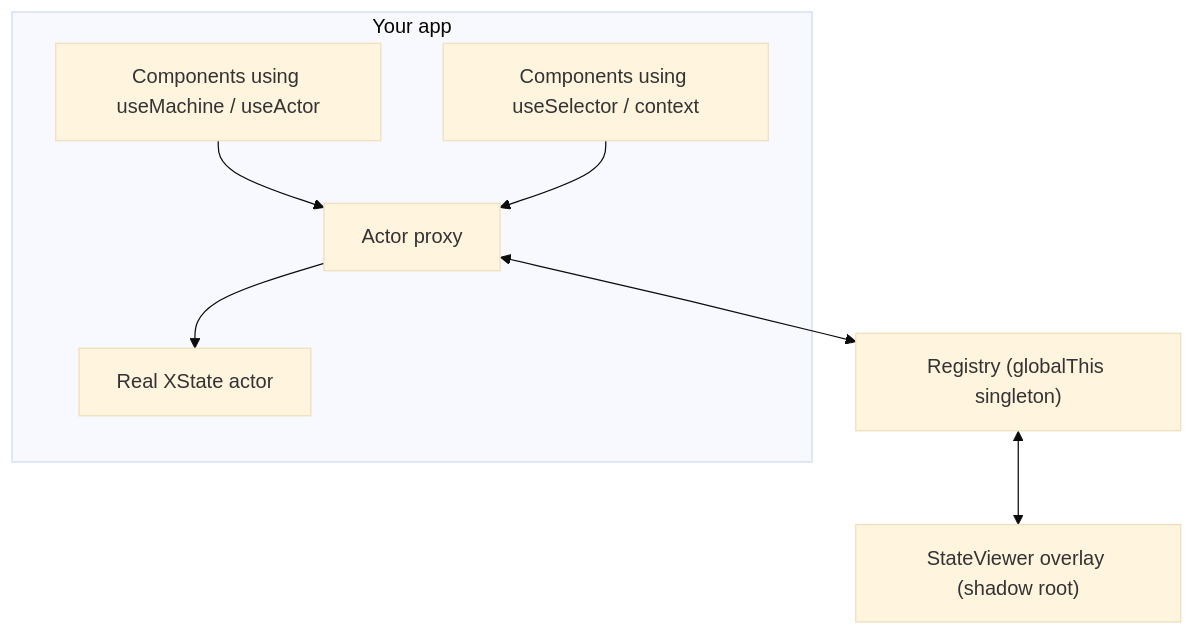
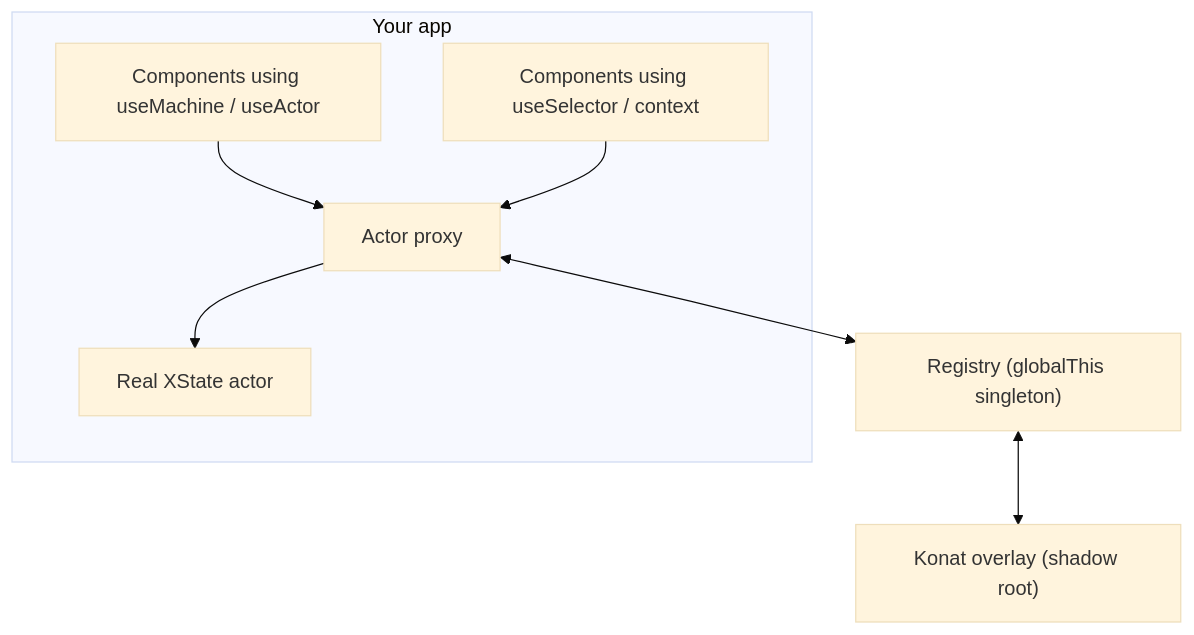
One commit to Smintfy/kotick changed the first of 2 diagrams in specs/state-debugger-mvp-spec.md. Above: the diagram before and after it, drawn with Mermaid (base theme). The commit also changed other lines of this file and 184 other files, not shown here.

First line of the commit message:
Rename the package from state-viewer to konat

````diff
--- a/specs/state-debugger-mvp-spec.md
+++ b/specs/state-debugger-mvp-spec.md
@@ -157,10 +157,10 @@
 ```mermaid
 flowchart TD
   subgraph App["Your app"]
     C1["Components using useMachine / useActor"] --> PX["Actor proxy"]
     C2["Components using useSelector / context"] --> PX
     PX --> RA["Real XState actor"]
   end
   PX <--> REG["Registry (globalThis singleton)"]
-  REG <--> OV["StateViewer overlay (shadow root)"]
+  REG <--> OV["Konat overlay (shadow root)"]
 ```
````
